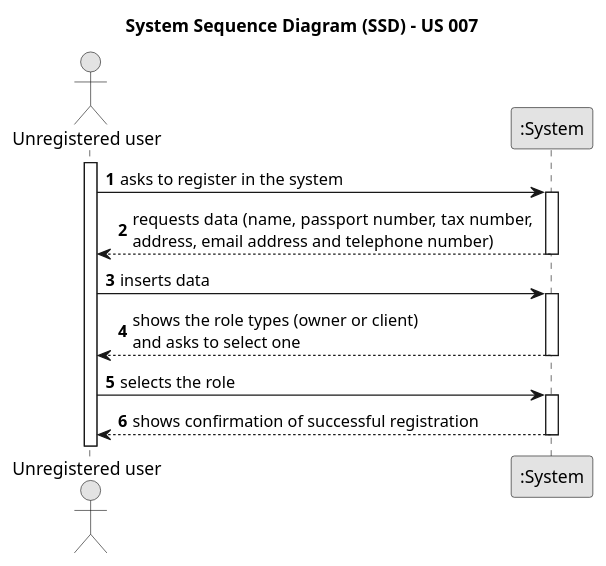
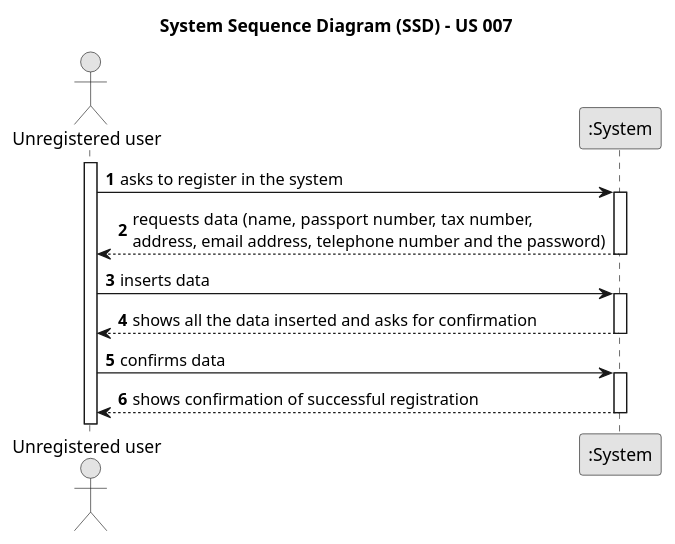
One commit to 1220812/LAPR2 changed the diagram in docs/sprintB/us007/01.requirements-engineering/puml/us007-system-sequence-diagram.puml. Above: the diagram before and after it, drawn with PlantUML. The commit also changed 1 other file, not shown here.

```diff
--- a/docs/sprintB/us007/01.requirements-engineering/puml/us007-system-sequence-diagram.puml
+++ b/docs/sprintB/us007/01.requirements-engineering/puml/us007-system-sequence-diagram.puml
@@ -1,32 +1,32 @@
 @startuml
 skinparam monochrome true
 skinparam packageStyle rectangle
 skinparam shadowing false
 
 title System Sequence Diagram (SSD) - US 007
 
 autonumber
 
 actor "Unregistered user" as unregisteredUser
 participant ":System" as System
 activate unregisteredUser
 
     unregisteredUser -> System : asks to register in the system
     activate System
 
-        System --> unregisteredUser : requests data (name, passport number, tax number, \naddress, email address and telephone number)
+        System --> unregisteredUser : requests data (name, passport number, tax number, \naddress, email address, telephone number and the password)
     deactivate System
 
     unregisteredUser -> System : inserts data
     activate System
 
-        System --> unregisteredUser : shows the role types (owner or client) \nand asks to select one
+    System --> unregisteredUser : shows all the data inserted and asks for confirmation
     deactivate System
 
-    unregisteredUser -> System : selects the role
+    unregisteredUser -> System : confirms data
     activate System
 
     System --> unregisteredUser : shows confirmation of successful registration
-    deactivate System
+        deactivate System
 
 @enduml
```
